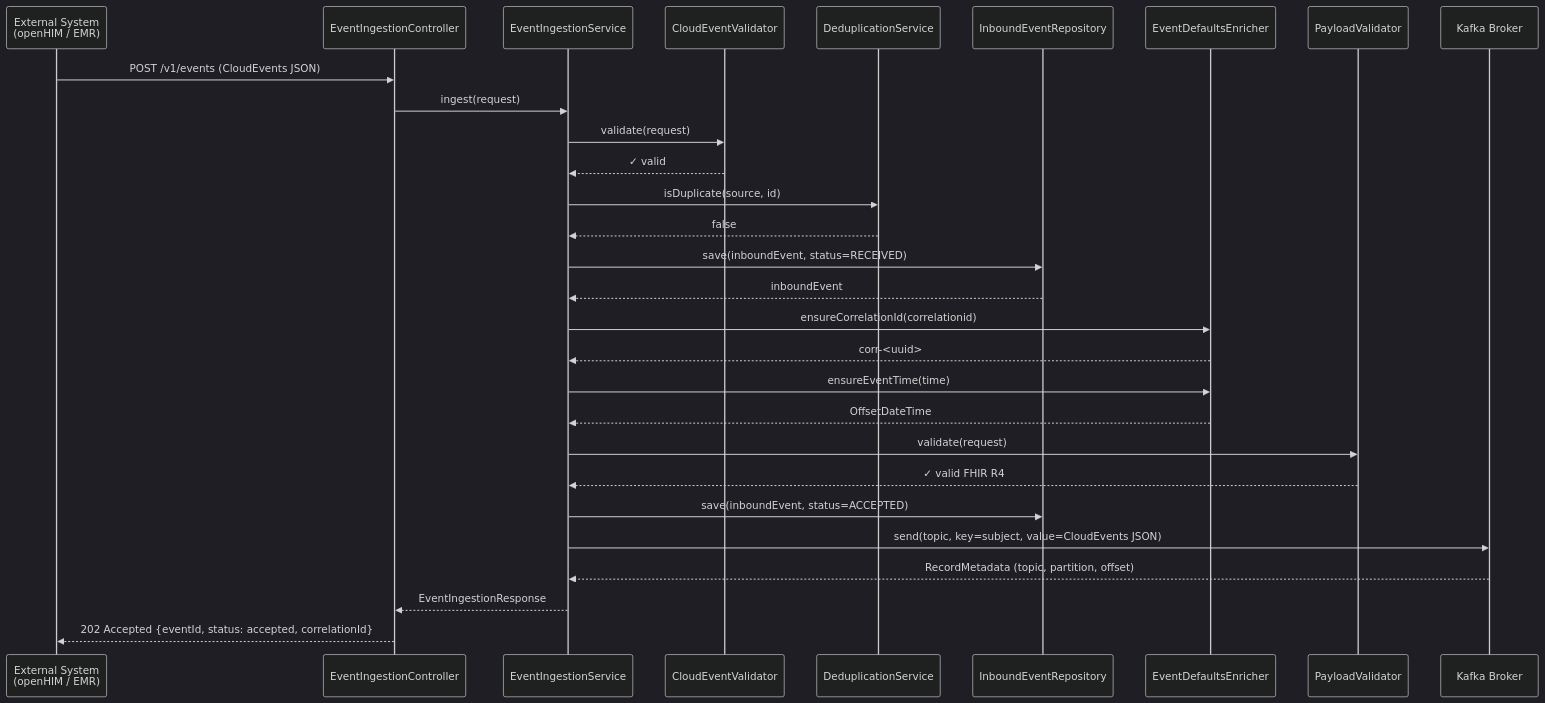
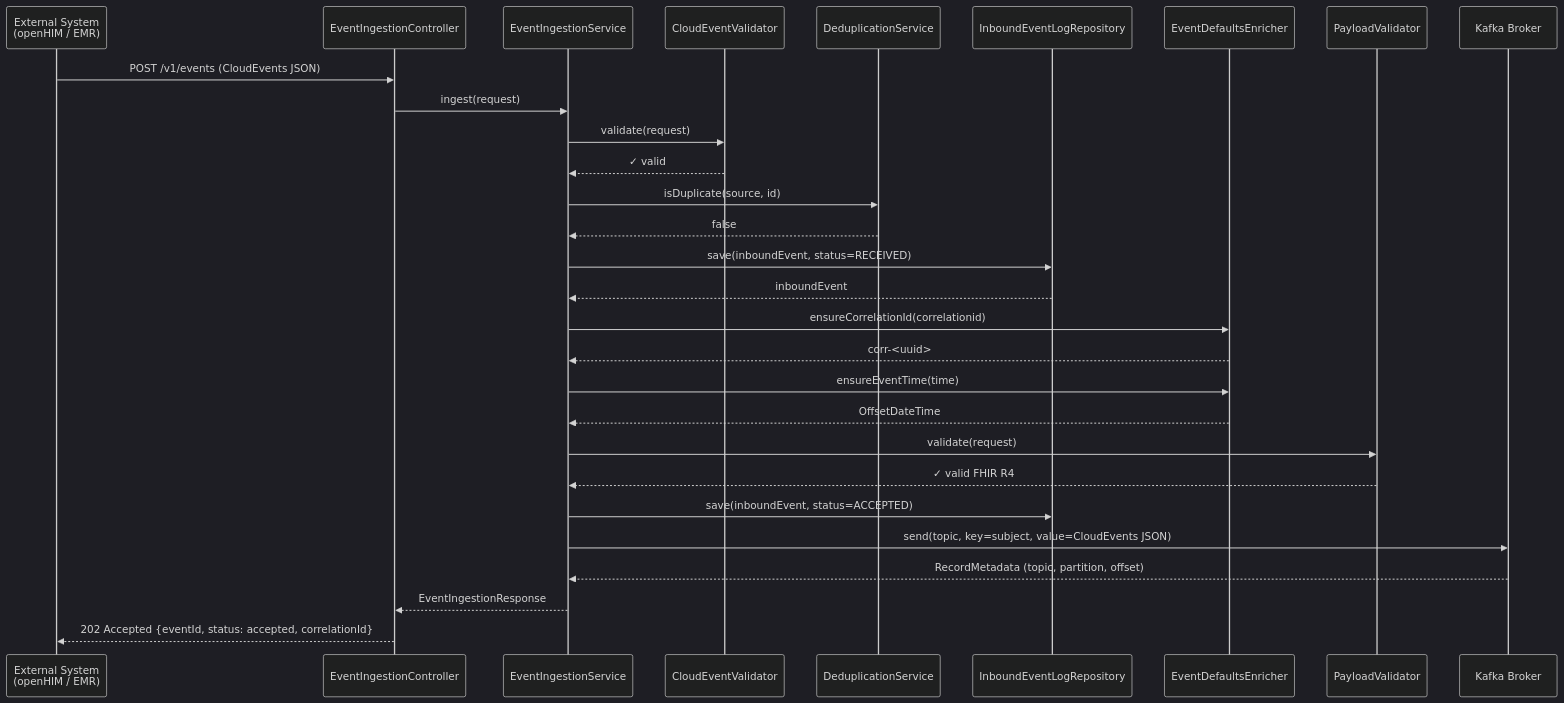
Before and after one commit to Jayaprakash8887/cce-collector-service: the second of 7 diagrams in docs/flow-diagrams.md, drawn with Mermaid (dark theme). The commit also changed other lines of this file and 8 other files, not shown here.

First line of the commit message:
Refactor inbound_event to inbound_event_log across documentation and codebase

````diff
--- a/docs/flow-diagrams.md
+++ b/docs/flow-diagrams.md
@@ -54,39 +54,39 @@
 ```mermaid
 sequenceDiagram
     participant Client as External System<br/>(openHIM / EMR)
     participant Controller as EventIngestionController
     participant Service as EventIngestionService
     participant Validator as CloudEventValidator
     participant Dedup as DeduplicationService
-    participant Repo as InboundEventRepository
+    participant Repo as InboundEventLogRepository
     participant Defaults as EventDefaultsEnricher
     participant PV as PayloadValidator
     participant Kafka as Kafka Broker
 
     Client->>Controller: POST /v1/events (CloudEvents JSON)
     Controller->>Service: ingest(request)
     Service->>Validator: validate(request)
     Validator-->>Service: ✓ valid
 
     Service->>Dedup: isDuplicate(source, id)
     Dedup-->>Service: false
 
     Service->>Repo: save(inboundEvent, status=RECEIVED)
     Repo-->>Service: inboundEvent
 
     Service->>Defaults: ensureCorrelationId(correlationid)
     Defaults-->>Service: corr-<uuid>
     Service->>Defaults: ensureEventTime(time)
     Defaults-->>Service: OffsetDateTime
 
     Service->>PV: validate(request)
     PV-->>Service: ✓ valid FHIR R4
 
     Service->>Repo: save(inboundEvent, status=ACCEPTED)
 
     Service->>Kafka: send(topic, key=subject, value=CloudEvents JSON)
     Kafka-->>Service: RecordMetadata (topic, partition, offset)
 
     Service-->>Controller: EventIngestionResponse
     Controller-->>Client: 202 Accepted {eventId, status: accepted, correlationId}
 ```
````
